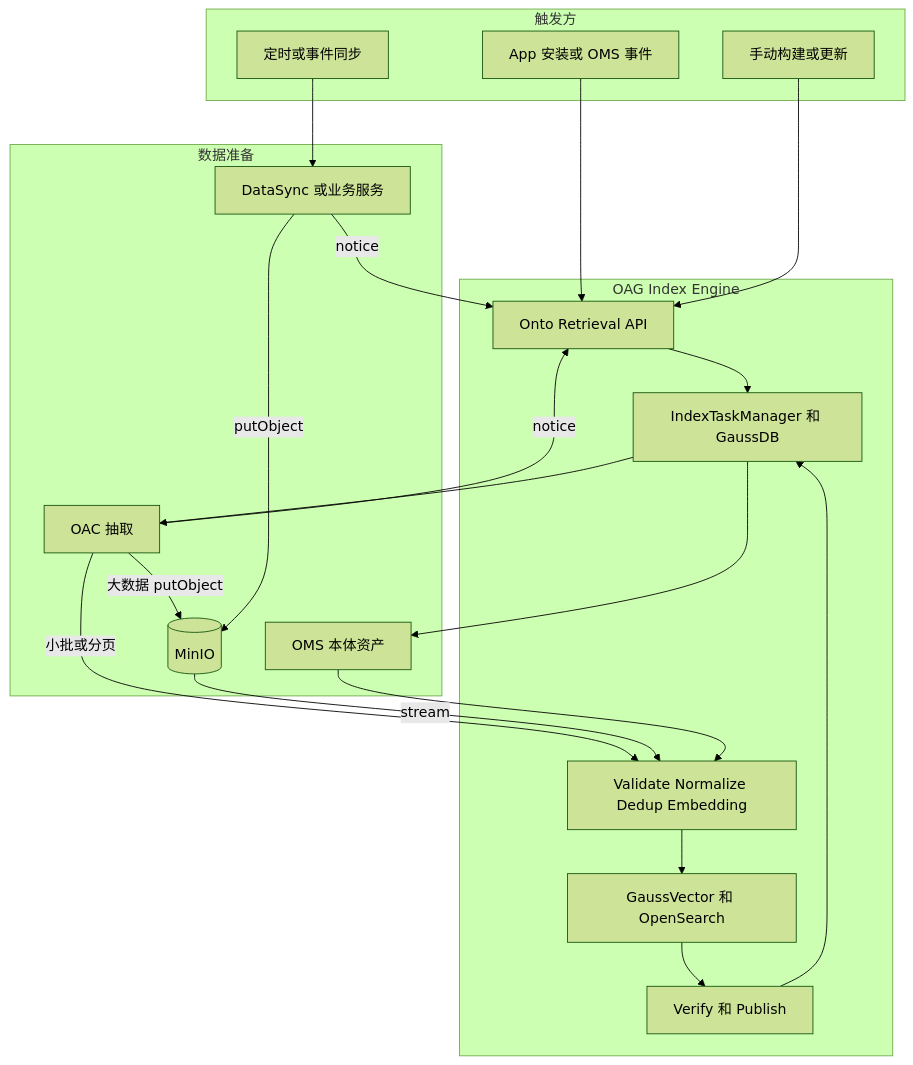
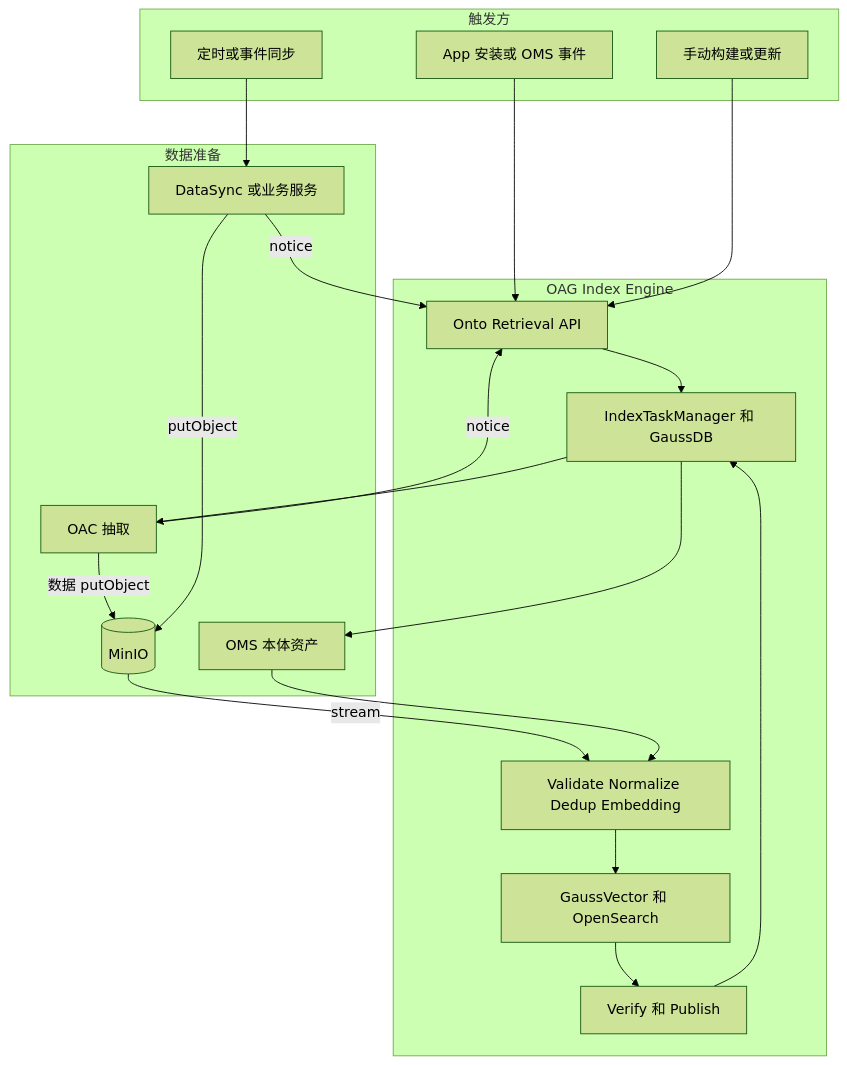
The second of 5 diagrams in docs/OAG本体锚点语义检索与向量索引设计方案.md (cfwl100/onology_dsl), drawn with Mermaid (forest theme) before and after one commit. The commit also changed other lines of this file and 1 other file, not shown here.

````diff
--- a/docs/OAG本体锚点语义检索与向量索引设计方案.md
+++ b/docs/OAG本体锚点语义检索与向量索引设计方案.md
@@ -1523,38 +1137,37 @@
 ```mermaid
 flowchart TD
     subgraph T[触发方]
       APP[App 安装或 OMS 事件]
       MANUAL[手动构建或更新]
       SYNC[定时或事件同步]
     end
 
     subgraph S[数据准备]
       OMS[OMS 本体资产]
       OAC[OAC 抽取]
       PRODUCER[DataSync 或业务服务]
       MINIO[(MinIO)]
     end
 
     subgraph G[OAG Index Engine]
       API[Onto Retrieval API]
       TASK[IndexTaskManager 和 GaussDB]
       PIPE[Validate Normalize Dedup Embedding]
       STORE[GaussVector 和 OpenSearch]
       PUB[Verify 和 Publish]
     end
 
     APP --> API
     MANUAL --> API
     API --> TASK
     TASK --> OMS
     TASK --> OAC
-    OAC -->|小批或分页| PIPE
-    OAC -->|大数据 putObject| MINIO
+    OAC -->|数据 putObject| MINIO
     SYNC --> PRODUCER
     PRODUCER -->|putObject| MINIO
     OAC -->|notice| API
     PRODUCER -->|notice| API
     MINIO -->|stream| PIPE
     OMS --> PIPE
     PIPE --> STORE --> PUB --> TASK
 ```
````
